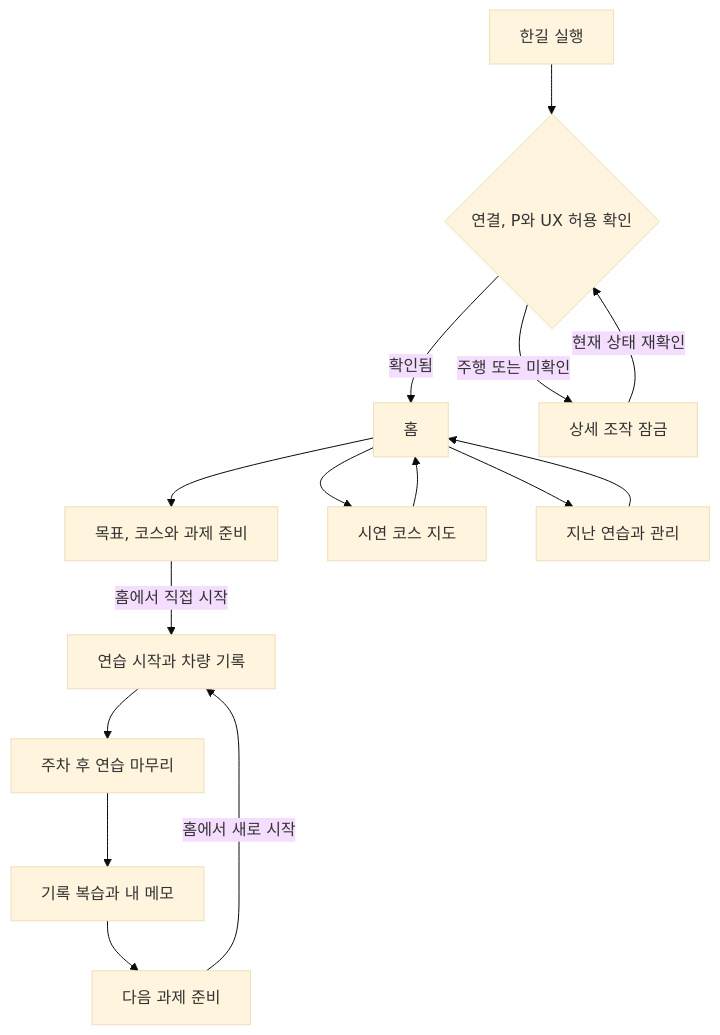
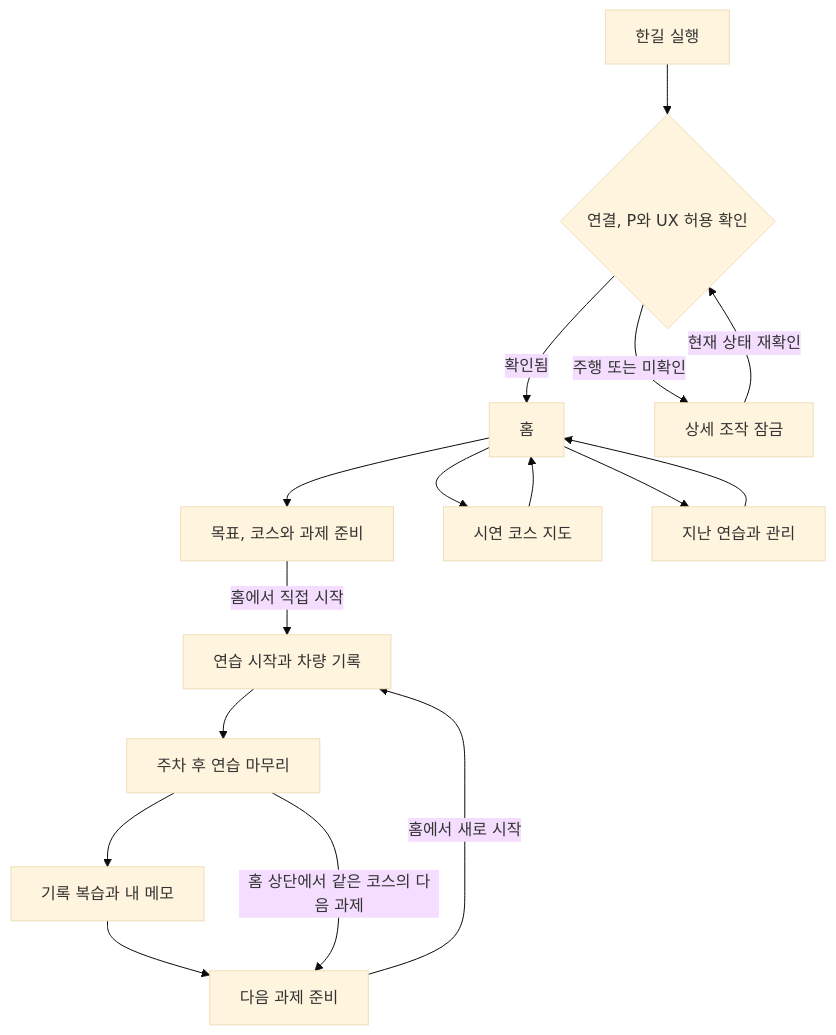
One commit to HanGilLab/Android changed the first of 10 diagrams in docs/development/app-usage-flow.md. Above: the diagram before and after it, drawn with Mermaid (base theme). The commit also changed other lines of this file and 13 other files, not shown here.

````diff
--- a/docs/development/app-usage-flow.md
+++ b/docs/development/app-usage-flow.md
@@ -7,17 +7,18 @@
 ```mermaid
 flowchart TD
     launchApp["한길 실행"] --> safetyCheck{"연결, P와 UX 허용 확인"}
     safetyCheck -->|"확인됨"| home["홈"]
     safetyCheck -->|"주행 또는 미확인"| locked["상세 조작 잠금"]
     locked -->|"현재 상태 재확인"| safetyCheck
     home --> preparation["목표, 코스와 과제 준비"]
     preparation -->|"홈에서 직접 시작"| activeSession["연습 시작과 차량 기록"]
     activeSession --> recent["주차 후 연습 마무리"]
     recent --> recentReview["기록 복습과 내 메모"]
     recentReview --> nextPractice["다음 과제 준비"]
+    recent -->|"홈 상단에서 같은 코스의 다음 과제"| nextPractice
     nextPractice -->|"홈에서 새로 시작"| activeSession
     home --> courseMap["시연 코스 지도"]
     home --> history["지난 연습과 관리"]
     courseMap --> home
     history --> home
 ```
````
